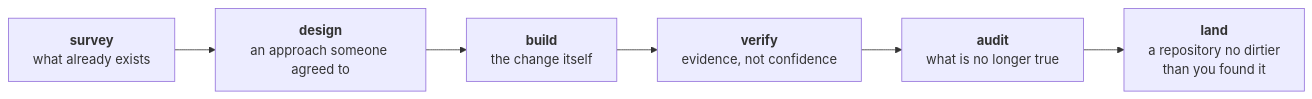
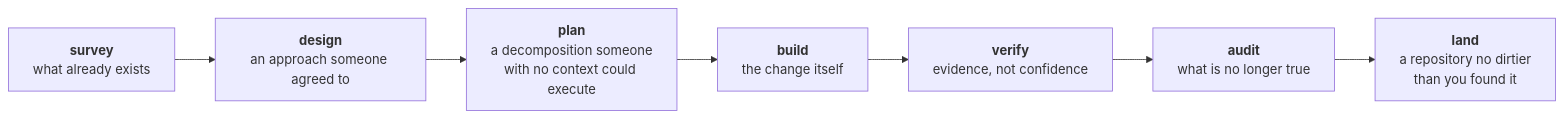
Before and after one commit to FanFantom9452/FanKeel: the first of 2 diagrams in README.md, drawn with Mermaid. The commit also changed other lines of this file and 6 other files, not shown here.

````diff
--- a/README.md
+++ b/README.md
@@ -52,11 +52,12 @@
 ```mermaid
 flowchart LR
     S["<b>survey</b><br/>what already exists"]
     D["<b>design</b><br/>an approach someone agreed to"]
+    P["<b>plan</b><br/>a decomposition someone<br/>with no context could execute"]
     B["<b>build</b><br/>the change itself"]
     V["<b>verify</b><br/>evidence, not confidence"]
     A["<b>audit</b><br/>what is no longer true"]
     L["<b>land</b><br/>a repository no dirtier<br/>than you found it"]
 
-    S --> D --> B --> V --> A --> L
+    S --> D --> P --> B --> V --> A --> L
 ```
````
